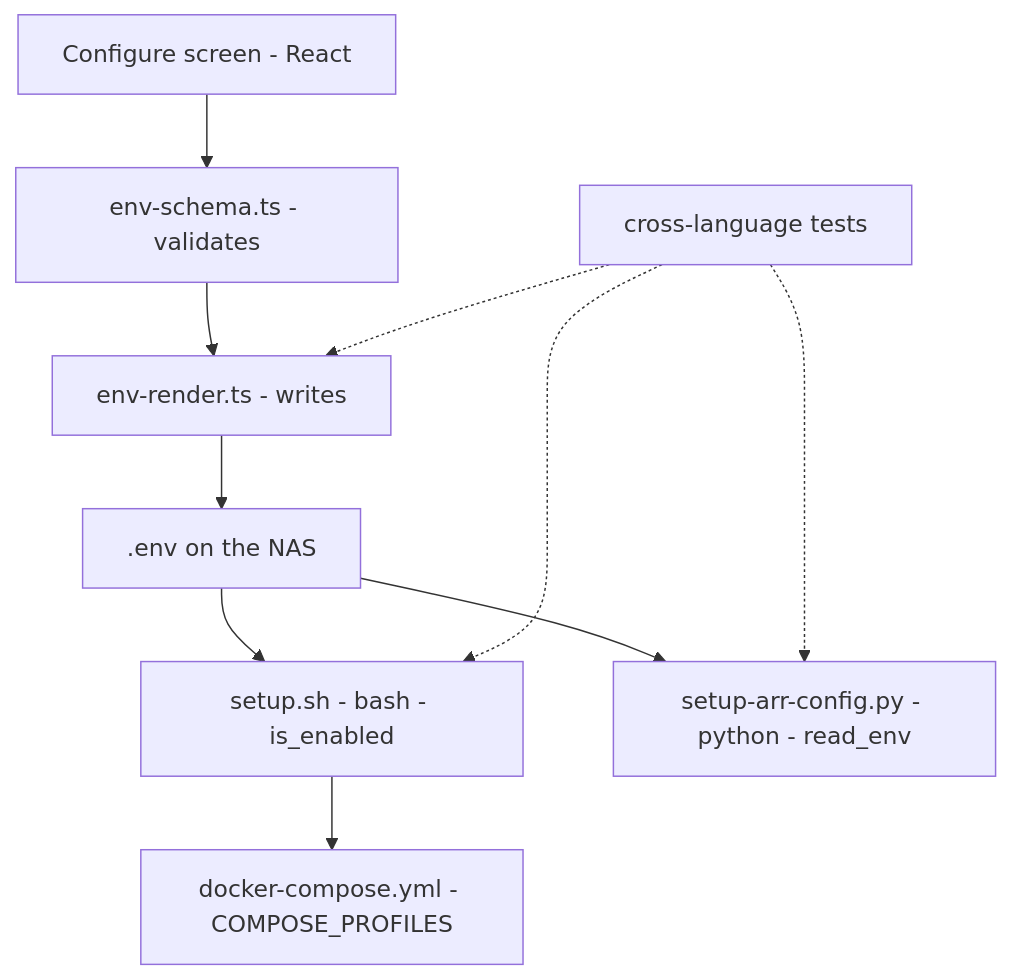
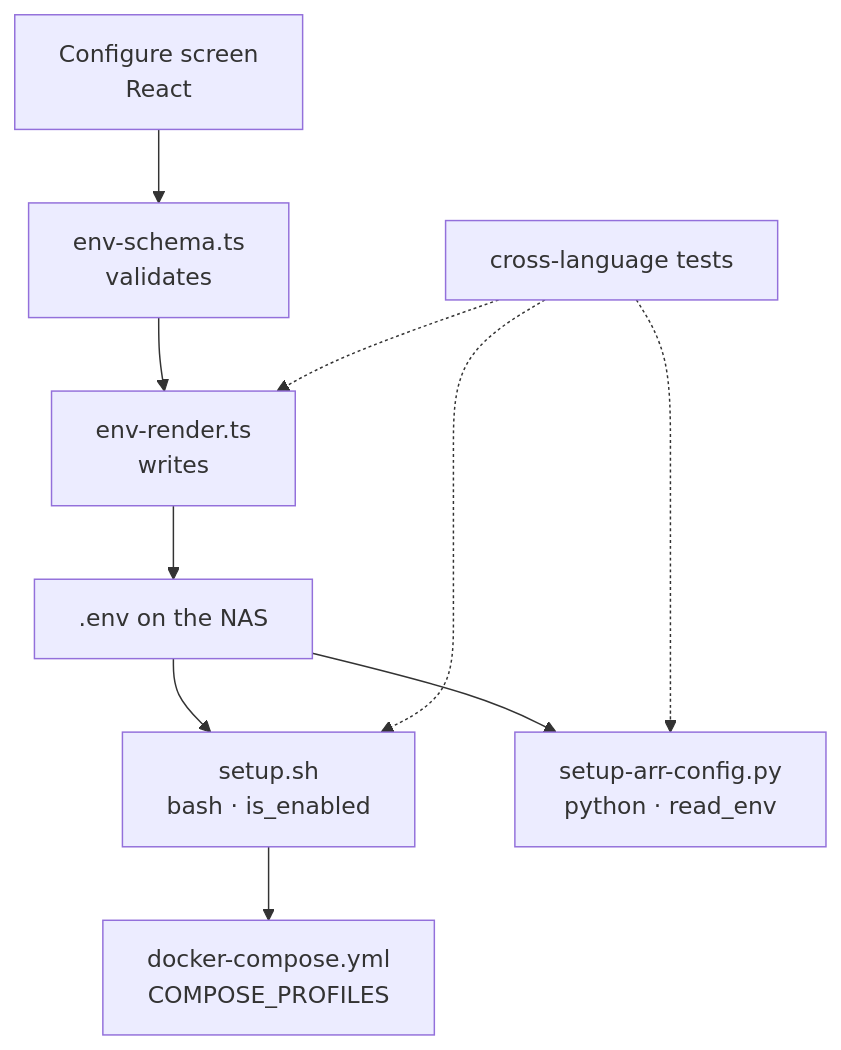
Before and after one commit to defessler/Mediarr-Installer: the sixth of 7 diagrams in site/content/architecture.md, drawn with Mermaid. The commit also changed other lines of this file and 5 other files, not shown here.

````diff
--- a/site/content/architecture.md
+++ b/site/content/architecture.md
@@ -189,19 +190,19 @@
 ```mermaid
 flowchart TB
-  ui["Configure screen - React"]
-  schema["env-schema.ts - validates"]
-  render["env-render.ts - writes"]
+  ui["Configure screen<br/>React"]
+  schema["env-schema.ts<br/>validates"]
+  render["env-render.ts<br/>writes"]
   envf[".env on the NAS"]
-  bash["setup.sh - bash - is_enabled"]
-  py["setup-arr-config.py - python - read_env"]
-  compose["docker-compose.yml - COMPOSE_PROFILES"]
+  bash["setup.sh<br/>bash · is_enabled"]
+  py["setup-arr-config.py<br/>python · read_env"]
+  compose["docker-compose.yml<br/>COMPOSE_PROFILES"]
   tests["cross-language tests"]
 
   ui --> schema --> render --> envf
   envf --> bash
   envf --> py
   bash --> compose
   tests -.-> render
   tests -.-> bash
   tests -.-> py
 ```
````
